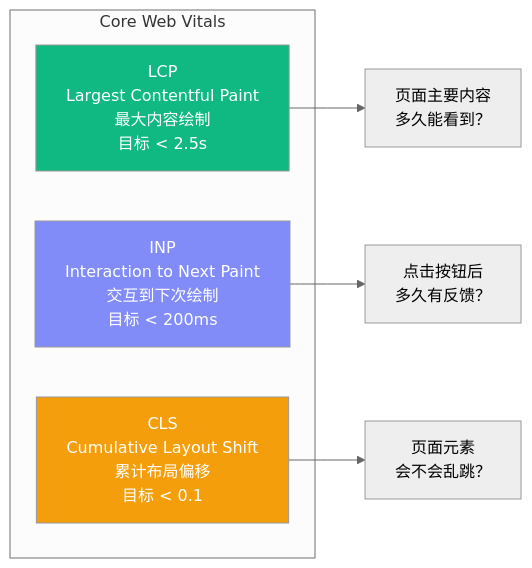
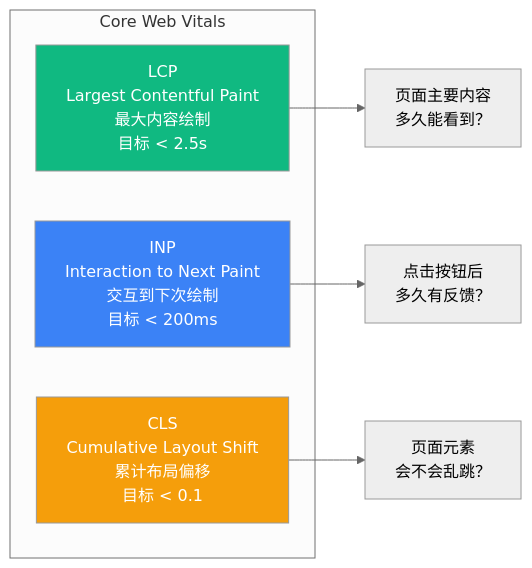
Before and after one commit to boltguo/react_learn: the first of 4 diagrams in docs/Lesson_27.md, drawn with Mermaid (neutral theme). The commit also changed other lines of this file and 31 other files, not shown here.

Commit message:
docs: 统一Mermaid术语与配色层级

````diff
--- a/docs/Lesson_27.md
+++ b/docs/Lesson_27.md
@@ -23,16 +35,16 @@
 ```mermaid
 flowchart LR
     subgraph "Core Web Vitals"
         LCP["LCP<br/>Largest Contentful Paint<br/>最大内容绘制<br/>目标 < 2.5s"]
         INP["INP<br/>Interaction to Next Paint<br/>交互到下次绘制<br/>目标 < 200ms"]
         CLS["CLS<br/>Cumulative Layout Shift<br/>累计布局偏移<br/>目标 < 0.1"]
     end
     
     LCP --> L1["页面主要内容<br/>多久能看到？"]
     INP --> I1["点击按钮后<br/>多久有反馈？"]
     CLS --> C1["页面元素<br/>会不会乱跳？"]
     
     style LCP fill:#10b981,color:#fff
-    style INP fill:#818cf8,color:#fff
+    style INP fill:#3b82f6,color:#fff
     style CLS fill:#f59e0b,color:#fff
 ```
````
